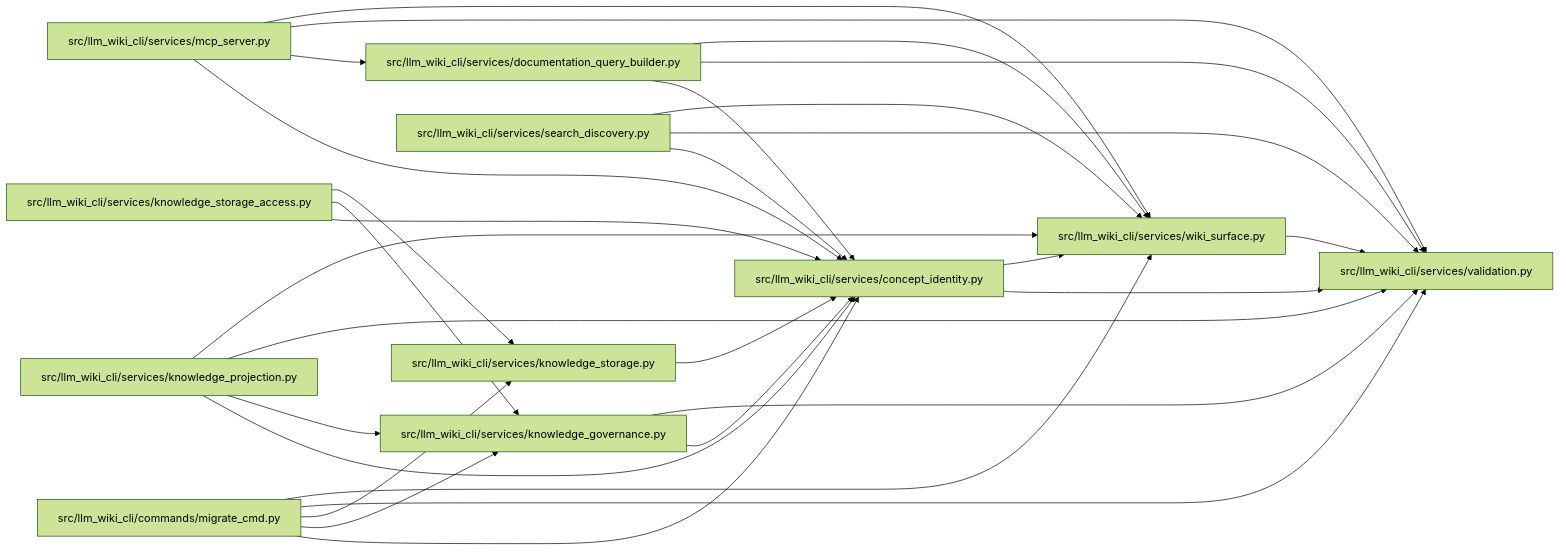
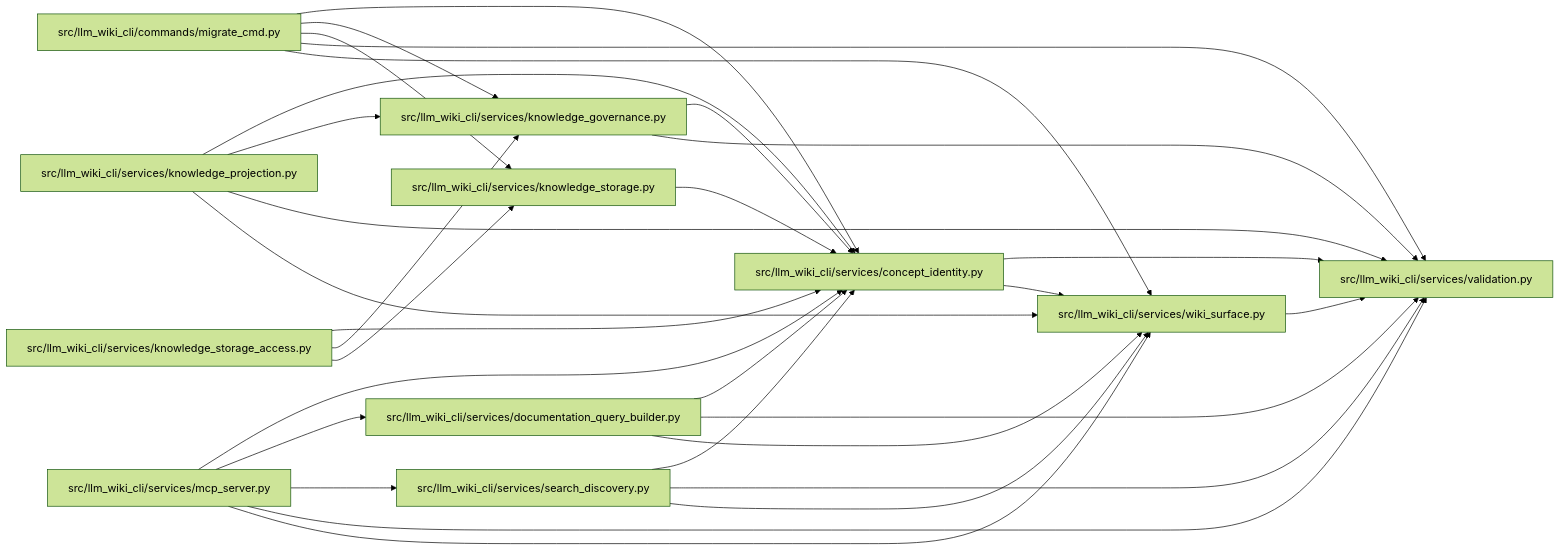
The diagram in docs/llm_wiki/modules/concept_identity.md (Denissvgn/python-wiki-llm), drawn with Mermaid (forest theme) before and after one commit. The commit also changed 631 other files, not shown here.

````diff
--- a/docs/llm_wiki/modules/concept_identity.md
+++ b/docs/llm_wiki/modules/concept_identity.md
@@ -41,53 +41,54 @@
 ```mermaid
 flowchart LR
     n0["src/llm_wiki_cli/commands/migrate_cmd.py"]
     n1["src/llm_wiki_cli/services/concept_identity.py"]
     n2["src/llm_wiki_cli/services/documentation_query_builder.py"]
     n3["src/llm_wiki_cli/services/knowledge_governance.py"]
     n4["src/llm_wiki_cli/services/knowledge_projection.py"]
     n5["src/llm_wiki_cli/services/knowledge_storage.py"]
     n6["src/llm_wiki_cli/services/knowledge_storage_access.py"]
     n7["src/llm_wiki_cli/services/mcp_server.py"]
     n8["src/llm_wiki_cli/services/search_discovery.py"]
     n9["src/llm_wiki_cli/services/validation.py"]
     n10["src/llm_wiki_cli/services/wiki_surface.py"]
     n0 --> n1
     n0 --> n3
     n0 --> n5
     n0 --> n9
     n0 --> n10
     n1 --> n9
     n1 --> n10
     n2 --> n1
     n2 --> n9
     n2 --> n10
     n3 --> n1
     n3 --> n9
     n4 --> n1
     n4 --> n3
     n4 --> n9
     n4 --> n10
     n5 --> n1
     n6 --> n1
     n6 --> n3
     n6 --> n5
     n7 --> n1
     n7 --> n2
+    n7 --> n8
     n7 --> n9
     n7 --> n10
     n8 --> n1
     n8 --> n9
     n8 --> n10
     n10 --> n9
     click n0 "../modules/migrate_cmd.md"
     click n1 "../modules/concept_identity.md"
     click n2 "../modules/documentation_query_builder.md"
     click n3 "../modules/knowledge_governance.md"
     click n4 "../modules/knowledge_projection.md"
     click n5 "../modules/knowledge_storage.md"
     click n6 "../modules/knowledge_storage_access.md"
     click n7 "../modules/mcp_server.md"
     click n8 "../modules/search_discovery.md"
     click n9 "../modules/validation.md"
     click n10 "../modules/wiki_surface.md"
 ```
````
